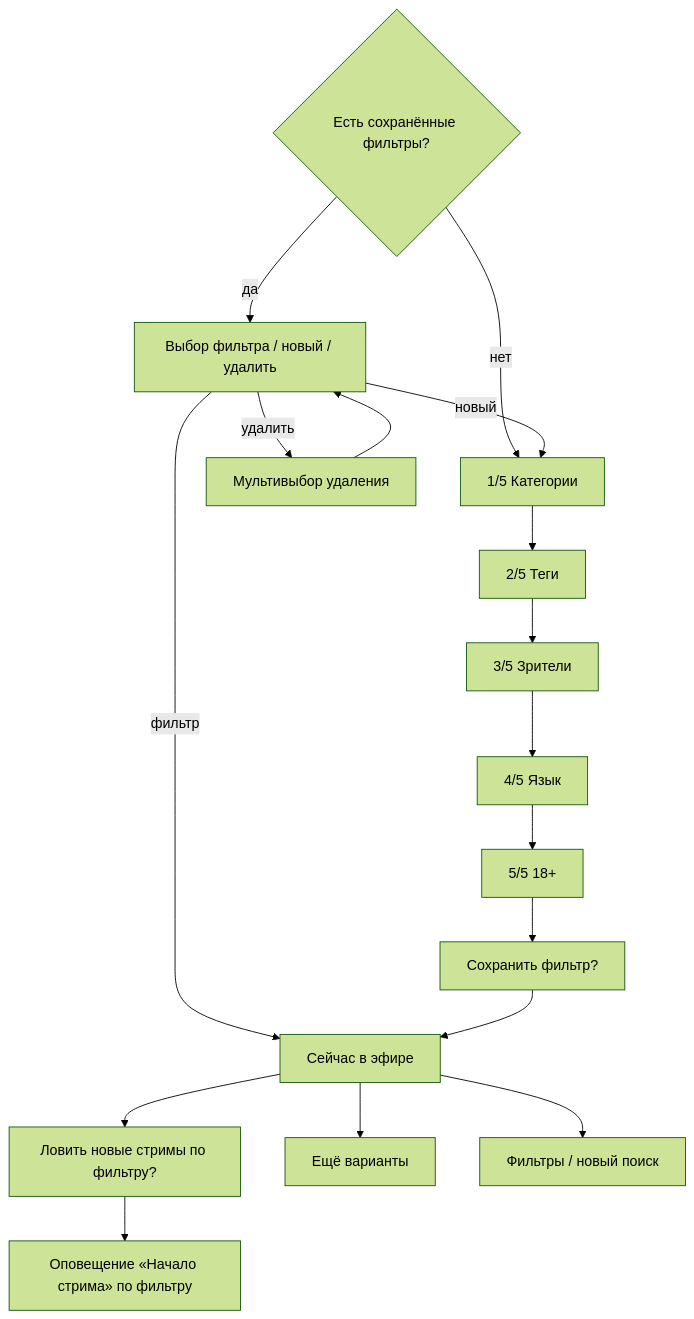
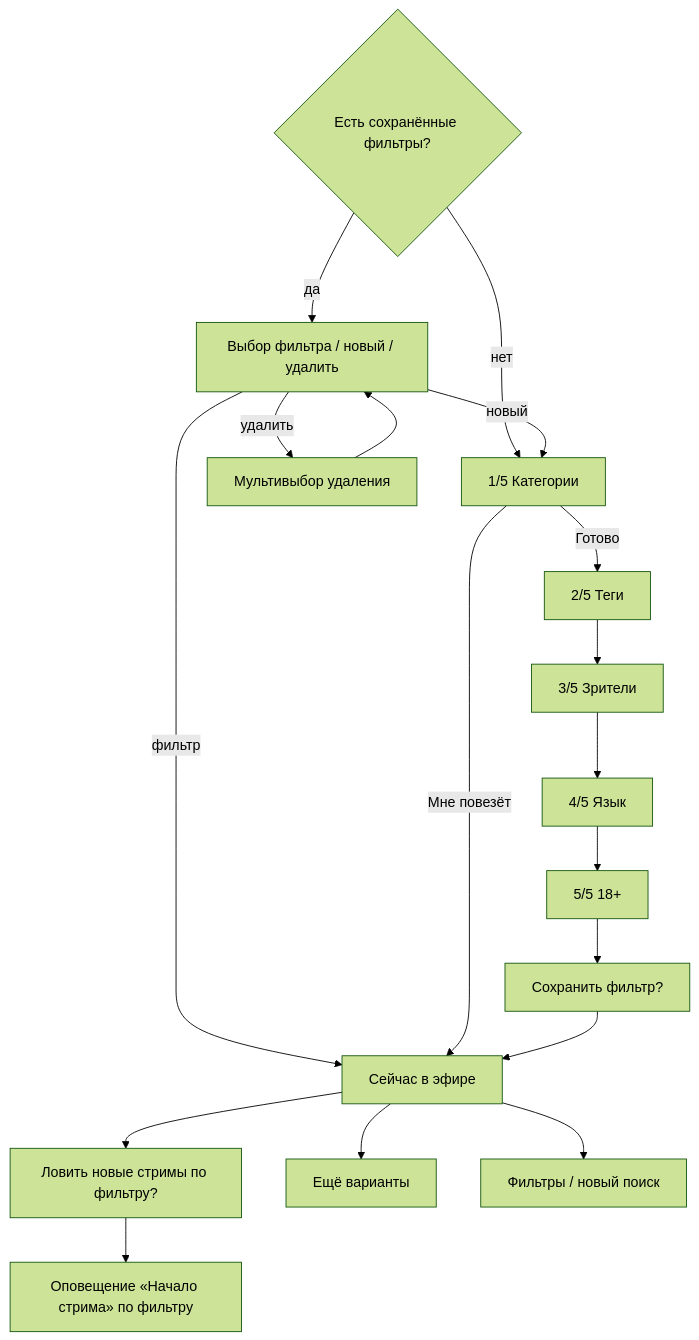
One commit to Marfa/twitch-telegram-bot changed the third of 3 diagrams in docs/user-flow-map.ru.md. Above: the diagram before and after it, drawn with Mermaid (forest theme). The commit also changed other lines of this file and 7 other files, not shown here.

````diff
--- a/docs/user-flow-map.ru.md
+++ b/docs/user-flow-map.ru.md
@@ -246,20 +246,21 @@
 ```mermaid
 flowchart TD
   P{Есть сохранённые фильтры?}
   P -->|да| PICK["Выбор фильтра / новый / удалить"]
   P -->|нет| W1
   PICK -->|фильтр| RES["Сейчас в эфире"]
   PICK -->|новый| W1["1/5 Категории"]
   PICK -->|удалить| DEL["Мультивыбор удаления"]
   DEL --> PICK
-  W1 --> W2["2/5 Теги"]
+  W1 -->|Мне повезёт| RES
+  W1 -->|Готово| W2["2/5 Теги"]
   W2 --> W3["3/5 Зрители"]
   W3 --> W4["4/5 Язык"]
   W4 --> W5["5/5 18+"]
   W5 --> SAVE["Сохранить фильтр?"]
   SAVE --> RES
   RES --> CATCH["Ловить новые стримы по фильтру?"]
   RES --> AGAIN["Ещё варианты"]
   RES --> CHG["Фильтры / новый поиск"]
   CATCH --> LIVE["Оповещение «Начало стрима» по фильтру"]
 ```
````
